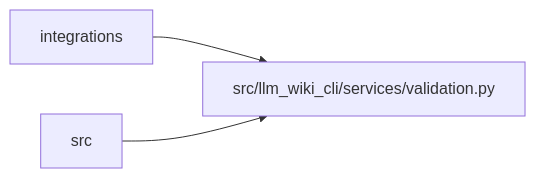
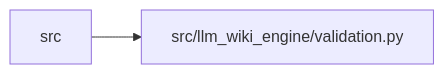
One commit to Denissvgn/python-wiki-llm changed the diagram in docs/llm_wiki/modules/validation.md. Above: the diagram before and after it, drawn with Mermaid. The commit also changed other lines of this file and 1103 other files, not shown here.

First line of the commit message:
docs: refresh the wiki for the llm-wiki-engine distribution

````diff
--- a/docs/llm_wiki/modules/validation.md
+++ b/docs/llm_wiki/modules/validation.md
@@ -34,9 +34,7 @@
 ```mermaid
 flowchart LR
-    n0["integrations"]
-    n1["src"]
-    n2["src/llm_wiki_cli/services/validation.py"]
-    n0 --> n2
-    n1 --> n2
-    click n2 "../modules/validation.md"
+    n0["src"]
+    n1["src/llm_wiki_engine/validation.py"]
+    n0 --> n1
+    click n1 "../modules/validation.md"
 ```
````
